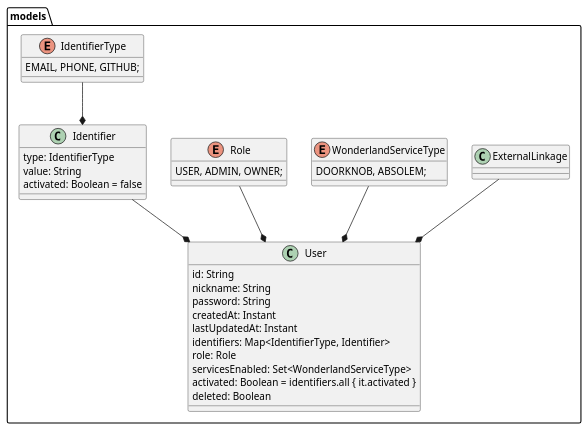
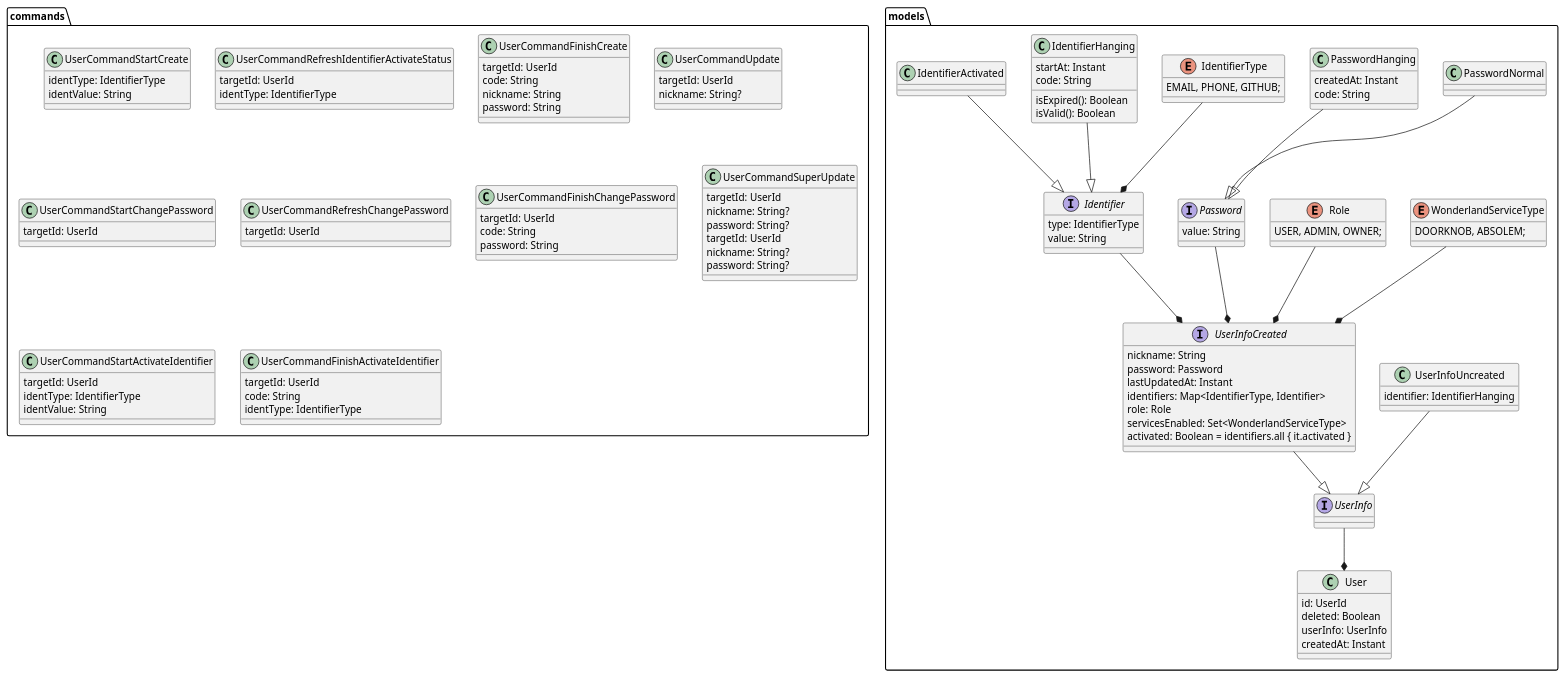
Before and after one commit to alices-wonderland/doorknob: diagram 16 of 16 in docs/docs/features.md, drawn with PlantUML. The commit also changed other lines of this file, not shown here.

Commit message:
UserAggregate models and commands

````diff
--- a/docs/docs/features.md
+++ b/docs/docs/features.md
@@ -256,28 +525,65 @@
 ```plantuml
 @startuml
 package models {
-  Identifier --* User
-  ExternalLinkage --* User
-  WonderlandServiceType --* User
-  Role --* User
+  UserInfo --* User
   class User {
-    id: String
+    id: UserId
+    deleted: Boolean
+    userInfo: UserInfo
+    createdAt: Instant
+  }
+
+  interface UserInfo
+  UserInfoUncreated --|> UserInfo
+  class UserInfoUncreated {
+    identifier: IdentifierHanging
+  }
+  Identifier --* UserInfoCreated
+  WonderlandServiceType --* UserInfoCreated
+  Role --* UserInfoCreated
+  Password --* UserInfoCreated
+  UserInfoCreated --|> UserInfo
+  interface UserInfoCreated {
     nickname: String
-    password: String
-    createdAt: Instant
+    password: Password
     lastUpdatedAt: Instant
     identifiers: Map<IdentifierType, Identifier>
     role: Role
     servicesEnabled: Set<WonderlandServiceType>
     activated: Boolean = identifiers.all { it.activated }
-    deleted: Boolean
   }
+
+  interface Password {
+    value: String
+  }
+
+  PasswordNormal --|> Password
+  class PasswordNormal {}
+
+  PasswordHanging --|> Password
+  class PasswordHanging {
+    createdAt: Instant
+    code: String
+  }
+
+
   IdentifierType --* Identifier
-  class Identifier {
+  interface Identifier {
     type: IdentifierType
     value: String
-    activated: Boolean = false
   }
+
+  IdentifierHanging --|> Identifier
+  class IdentifierHanging {
+    startAt: Instant
+    code: String
+    isExpired(): Boolean
+    isValid(): Boolean
+  }
+  IdentifierActivated --|> Identifier
+  class IdentifierActivated {
+  }
+
   enum IdentifierType {
     EMAIL, PHONE, GITHUB;
   }
@@ -288,5 +594,67 @@
     DOORKNOB, ABSOLEM;
   }
 }
+
+package commands {
+  class UserCommandStartCreate {
+    identType: IdentifierType
+    identValue: String
+  }
+
+  class UserCommandRefreshIdentifierActivateStatus {
+    targetId: UserId
+    identType: IdentifierType
+  }
+
+  class UserCommandFinishCreate {
+    targetId: UserId
+    code: String
+    nickname: String
+    password: String
+  }
+
+  class UserCommandUpdate {
+    targetId: UserId
+    nickname: String?
+  }
+
+  class UserCommandStartChangePassword {
+    targetId: UserId
+  }
+
+  class UserCommandRefreshChangePassword {
+    targetId: UserId
+  }
+
+  class UserCommandFinishChangePassword {
+    targetId: UserId
+    code: String
+    password: String
+  }
+
+  class UserCommandSuperUpdate {
+    targetId: UserId
+    nickname: String?
+    password: String?
+  }
+
+  class UserCommandSuperUpdate {
+    targetId: UserId
+    nickname: String?
+    password: String?
+  }
+
+  class UserCommandStartActivateIdentifier {
+    targetId: UserId
+    identType: IdentifierType
+    identValue: String
+  }
+
+  class UserCommandFinishActivateIdentifier {
+    targetId: UserId
+    code: String
+    identType: IdentifierType
+  }
+}
 @enduml
 ```
````
